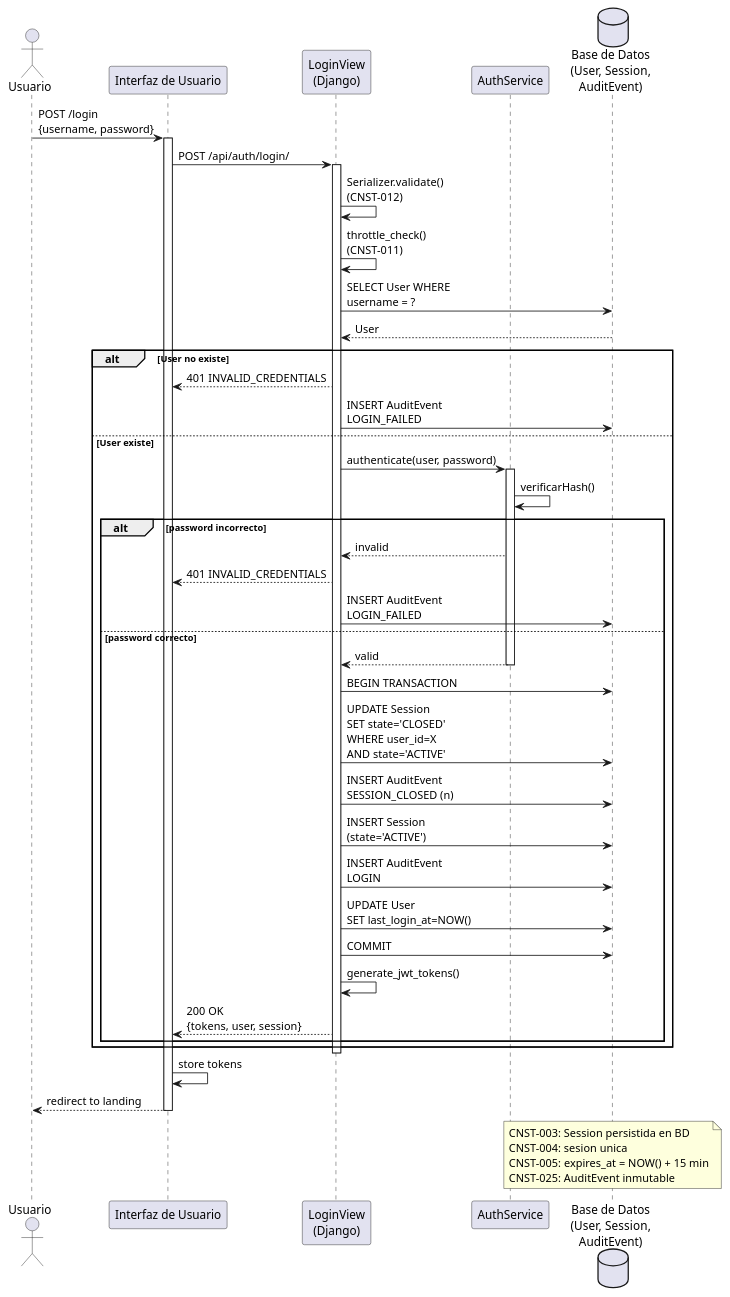
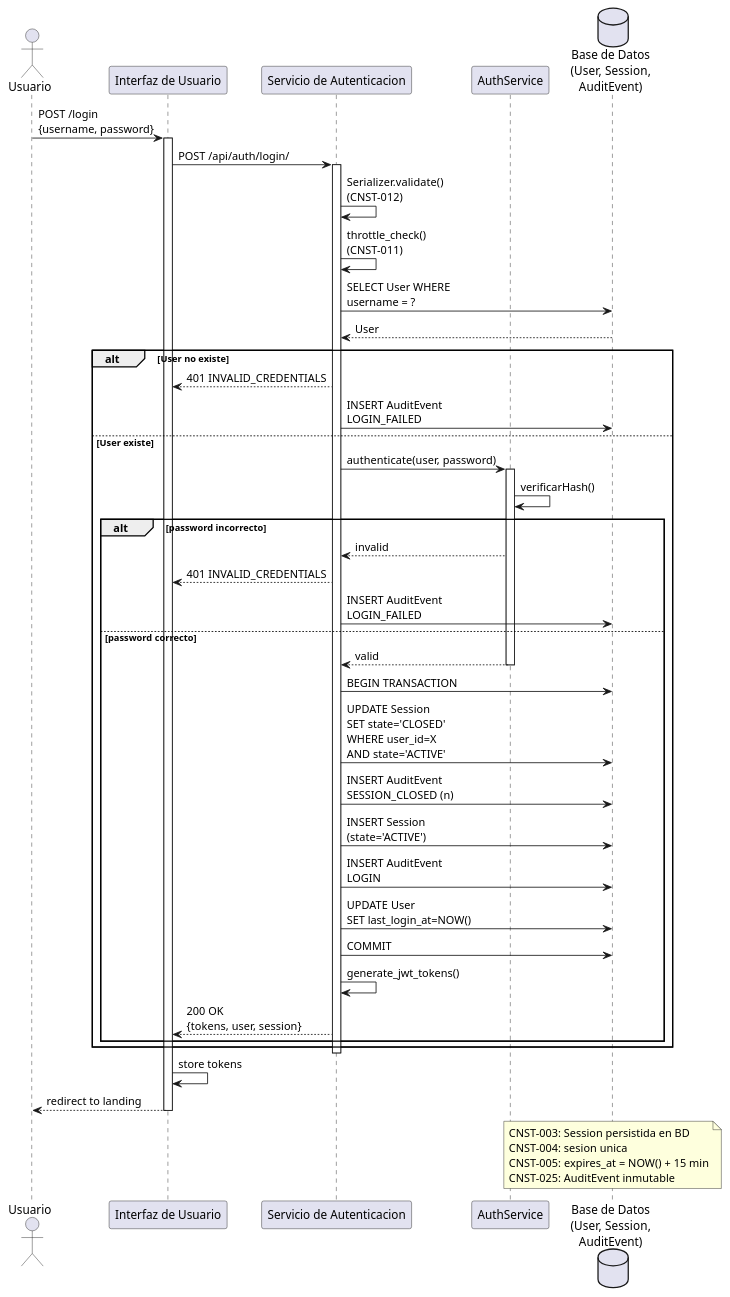
One commit to jcg-admin/IACT-docs changed the second of 4 diagrams in source/requisitos/casos-uso/auth/uc-auth-01/diagramas-uml.rst. Above: the diagram before and after it, drawn with PlantUML. The commit also changed 1 other file, not shown here.

Commit message:
Fix remaining tech participant names in UC diagramas-uml files
5 files: uc-auth-01, uc-auth-03, uc-auth-04, uc-usr-01, uc-aud-03.

- LoginView\n(Django) → Servicio de Autenticacion
- Frontend\n(React) → Interfaz de Usuario
- audit_log\n(PostgreSQL) → Repositorio de Auditoria
- database "MariaDB" → Almacen de Datos
- PostgreSQL → Repositorio Operacional

Completes T-006..T-009 from corrections-task-plan.md.

```diff
--- a/source/requisitos/casos-uso/auth/uc-auth-01/diagramas-uml.rst
+++ b/source/requisitos/casos-uso/auth/uc-auth-01/diagramas-uml.rst
@@ -63,64 +63,64 @@
 .. uml::
  :caption: UC_AUTH_01 — secuencia del flujo principal
 
  @startuml
 
  actor       Usuario as U
  participant "Interfaz de Usuario" as F
- participant "LoginView\n(Django)" as V
+ participant "Servicio de Autenticacion" as V
  participant "AuthService" as Svc
  database    "Base de Datos\n(User, Session,\nAuditEvent)" as BD
 
  U -> F : POST /login\n{username, password}
  activate F
 
  F -> V : POST /api/auth/login/
  activate V
 
  V -> V : Serializer.validate()\n(CNST-012)
  V -> V : throttle_check()\n(CNST-011)
 
  V -> BD : SELECT User WHERE\nusername = ?
  BD --> V : User
 
  alt User no existe
    V --> F : 401 INVALID_CREDENTIALS
    V -> BD : INSERT AuditEvent\nLOGIN_FAILED
  else User existe
    V -> Svc : authenticate(user, password)
    activate Svc
    Svc -> Svc : verificarHash()
    alt password incorrecto
      Svc --> V : invalid
      V --> F : 401 INVALID_CREDENTIALS
      V -> BD : INSERT AuditEvent\nLOGIN_FAILED
    else password correcto
      Svc --> V : valid
      deactivate Svc
 
      V -> BD : BEGIN TRANSACTION
      V -> BD : UPDATE Session\nSET state='CLOSED'\nWHERE user_id=X\nAND state='ACTIVE'
      V -> BD : INSERT AuditEvent\nSESSION_CLOSED (n)
      V -> BD : INSERT Session\n(state='ACTIVE')
      V -> BD : INSERT AuditEvent\nLOGIN
      V -> BD : UPDATE User\nSET last_login_at=NOW()
      V -> BD : COMMIT
 
      V -> V : generate_jwt_tokens()
      V --> F : 200 OK\n{tokens, user, session}
    end
  end
  deactivate V
 
  F -> F : store tokens
  F --> U : redirect to landing
  deactivate F
 
  note over BD
    CNST-003: Session persistida en BD
    CNST-004: sesion unica
    CNST-005: expires_at = NOW() + 15 min
    CNST-025: AuditEvent inmutable
  end note
 
  @enduml
```
